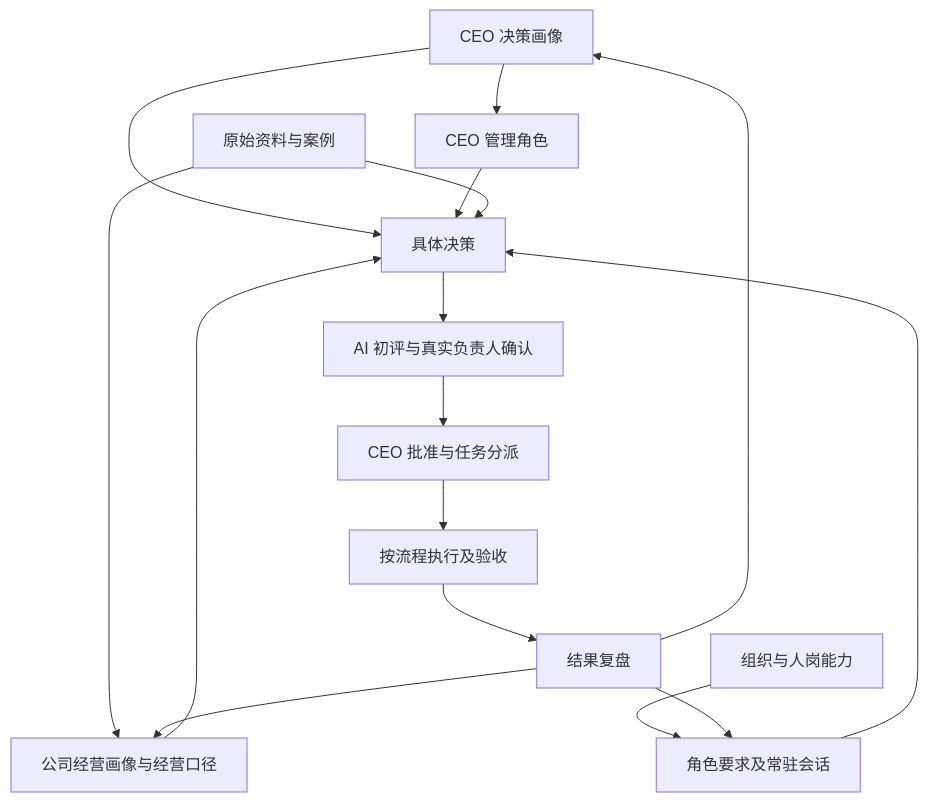
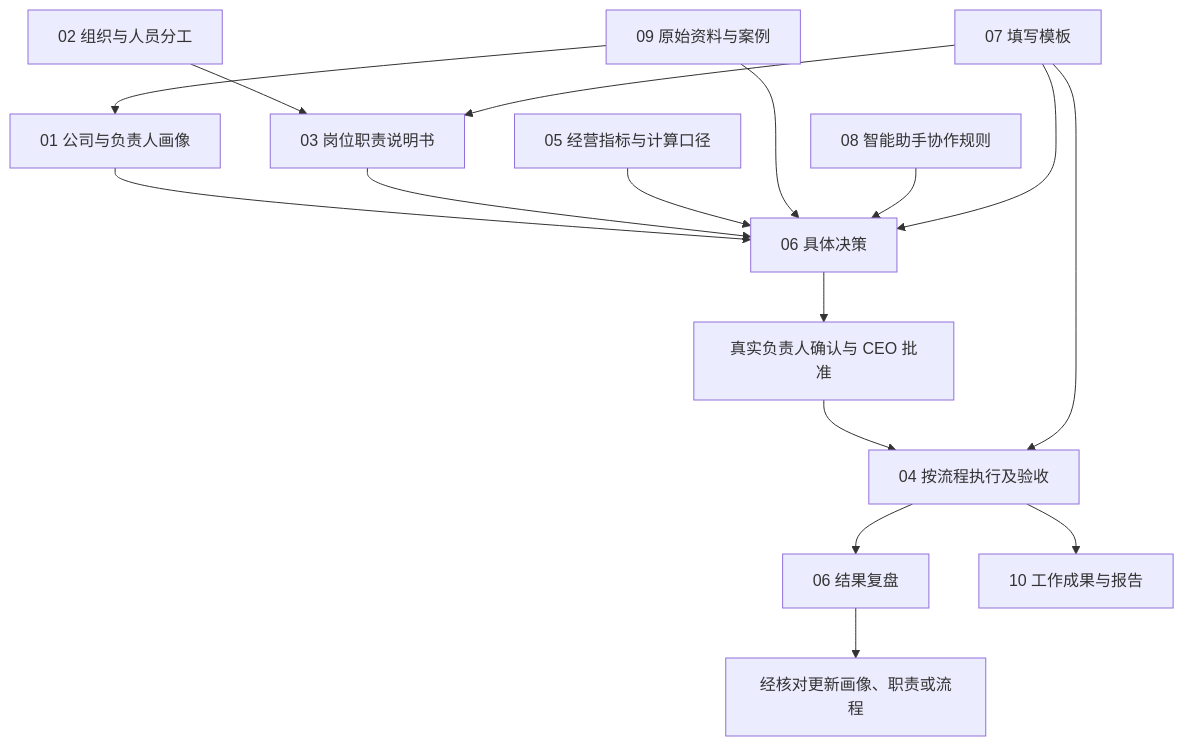
Before and after one commit to haoyang877/WZD-Amazon-Management: the diagram in README.md, drawn with Mermaid. The commit also changed other lines of this file and 72 other files, not shown here.

````diff
--- a/README.md
+++ b/README.md
@@ -96,18 +122,18 @@
 ```mermaid
 flowchart TD
-    P[CEO 决策画像] --> M[CEO 管理角色]
-    C[公司经营画像与经营口径] --> D[具体决策]
-    P --> D
-    O[组织与人岗能力] --> R[角色要求及常驻会话]
-    M --> D
+    P[01 公司与负责人画像] --> D[06 具体决策]
+    O[02 组织与人员分工] --> R[03 岗位职责说明书]
     R --> D
-    D --> A[AI 初评与真实负责人确认]
-    A --> B[CEO 批准与任务分派]
-    B --> F[按流程执行及验收]
-    F --> V[结果复盘]
-    S[原始资料与案例] --> C
+    N[05 经营指标与计算口径] --> D
+    S[09 原始资料与案例] --> P
     S --> D
-    V --> P
-    V --> C
-    V --> R
+    A[08 智能助手协作规则] --> D
+    D --> C[真实负责人确认与 CEO 批准]
+    C --> F[04 按流程执行及验收]
+    F --> V[06 结果复盘]
+    F --> W[10 工作成果与报告]
+    T[07 填写模板] --> R
+    T --> F
+    T --> D
+    V --> U[经核对更新画像、职责或流程]
 ```
````
